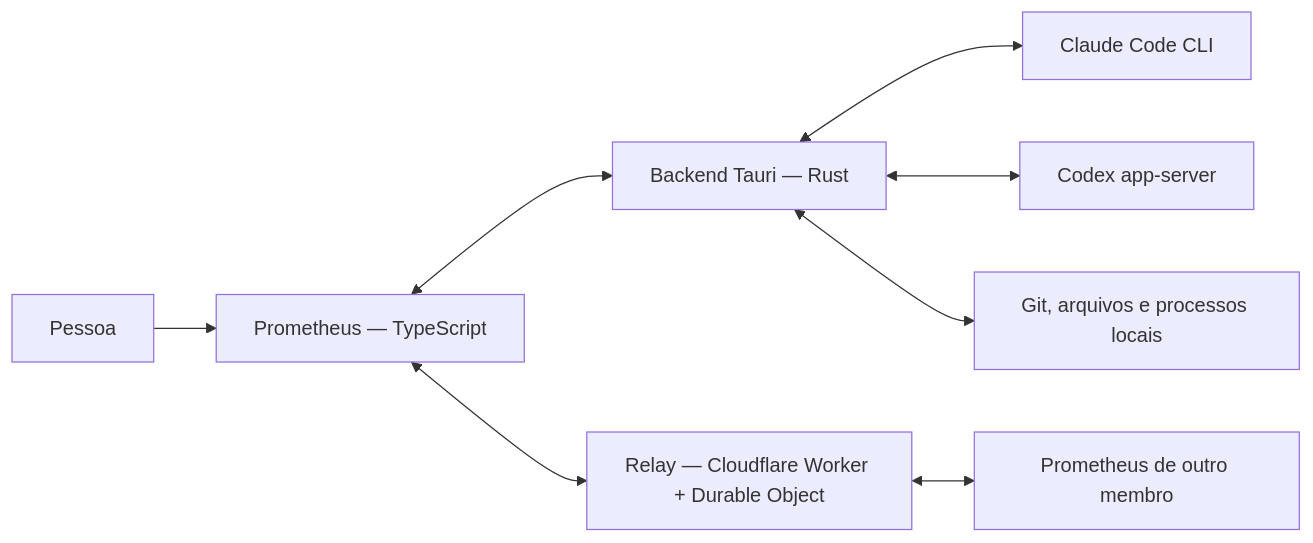
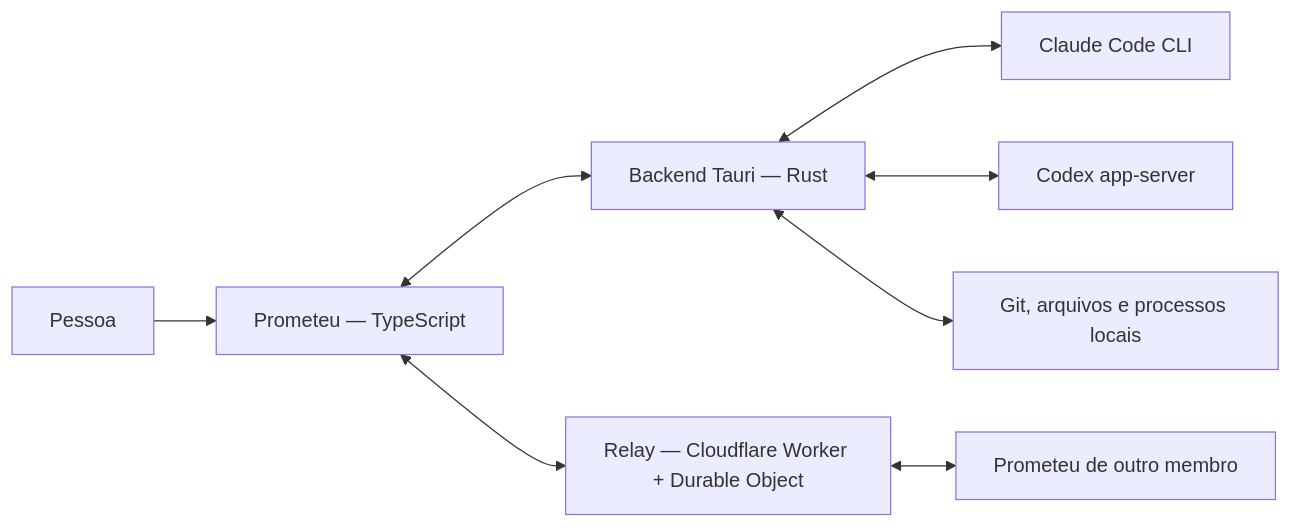
One commit to JabsRafael/prometeu changed the diagram in ARCHITECTURE.md. Above: the diagram before and after it, drawn with Mermaid. The commit also changed other lines of this file and 85 other files, not shown here.

````diff
--- a/ARCHITECTURE.md
+++ b/ARCHITECTURE.md
@@ -17,10 +17,10 @@
 ```mermaid
 flowchart LR
-    person[Pessoa] --> ui[Prometheus — TypeScript]
+    person[Pessoa] --> ui[Prometeu — TypeScript]
     ui <--> back[Backend Tauri — Rust]
     back <--> claude[Claude Code CLI]
     back <--> codex[Codex app-server]
     back <--> local[Git, arquivos e processos locais]
     ui <--> relay[Relay — Cloudflare Worker + Durable Object]
-    relay <--> peer[Prometheus de outro membro]
+    relay <--> peer[Prometeu de outro membro]
 ```
````
